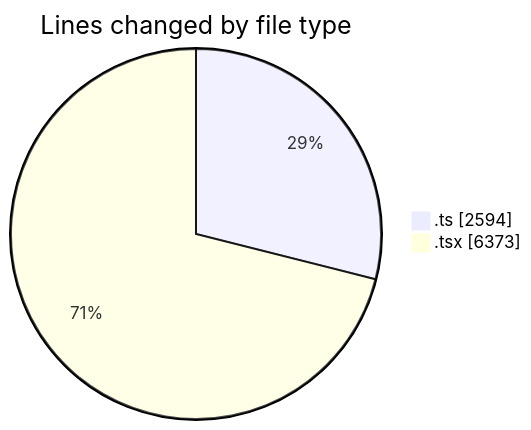
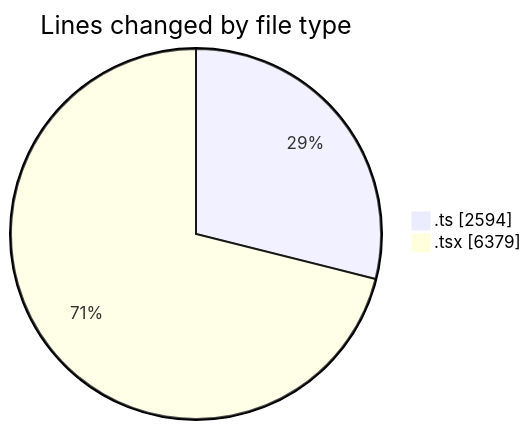
One commit to momahboobian/code-tracking changed the first of 2 diagrams in 2025-07-01/cda/README.md. Above: the diagram before and after it, drawn with Mermaid. The commit also changed other lines of this file and 1 other file, not shown here.

````diff
--- a/2025-07-01/cda/README.md
+++ b/2025-07-01/cda/README.md
@@ -44,6 +44,6 @@
 ```mermaid
 pie showData
 title Lines changed by file type
 ".ts" : 2594
-".tsx" : 6373
+".tsx" : 6379
 ```
````
